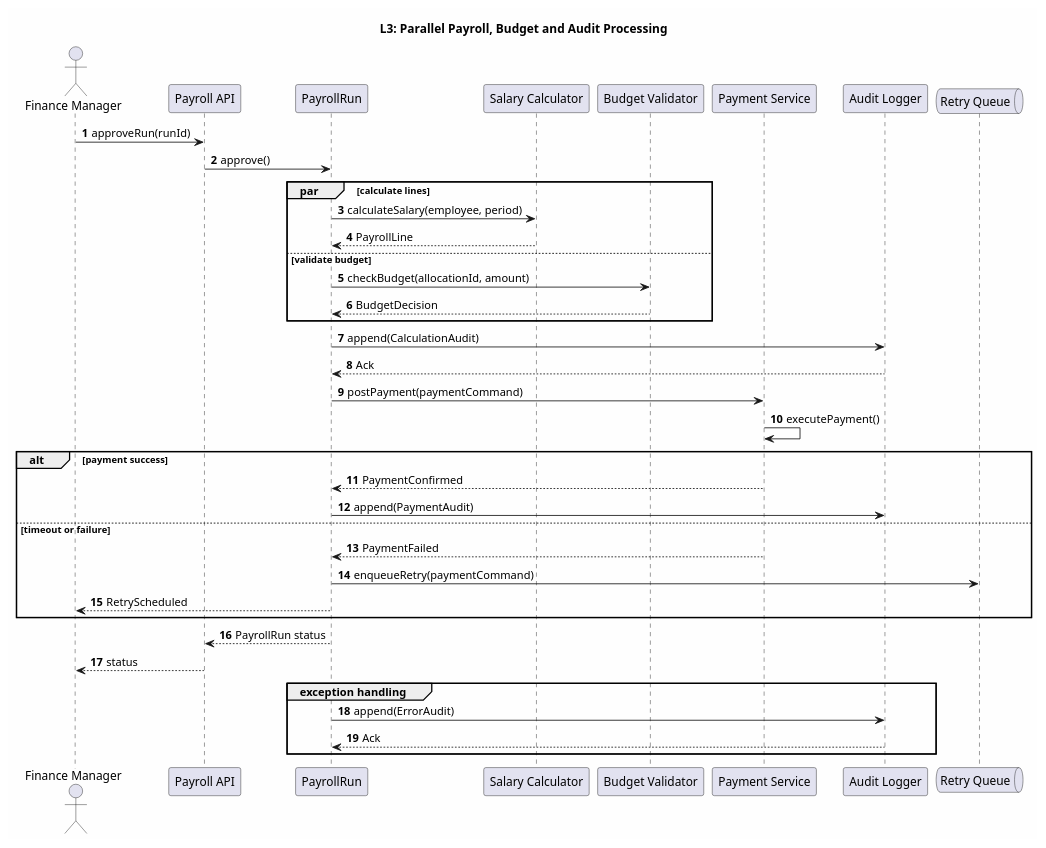
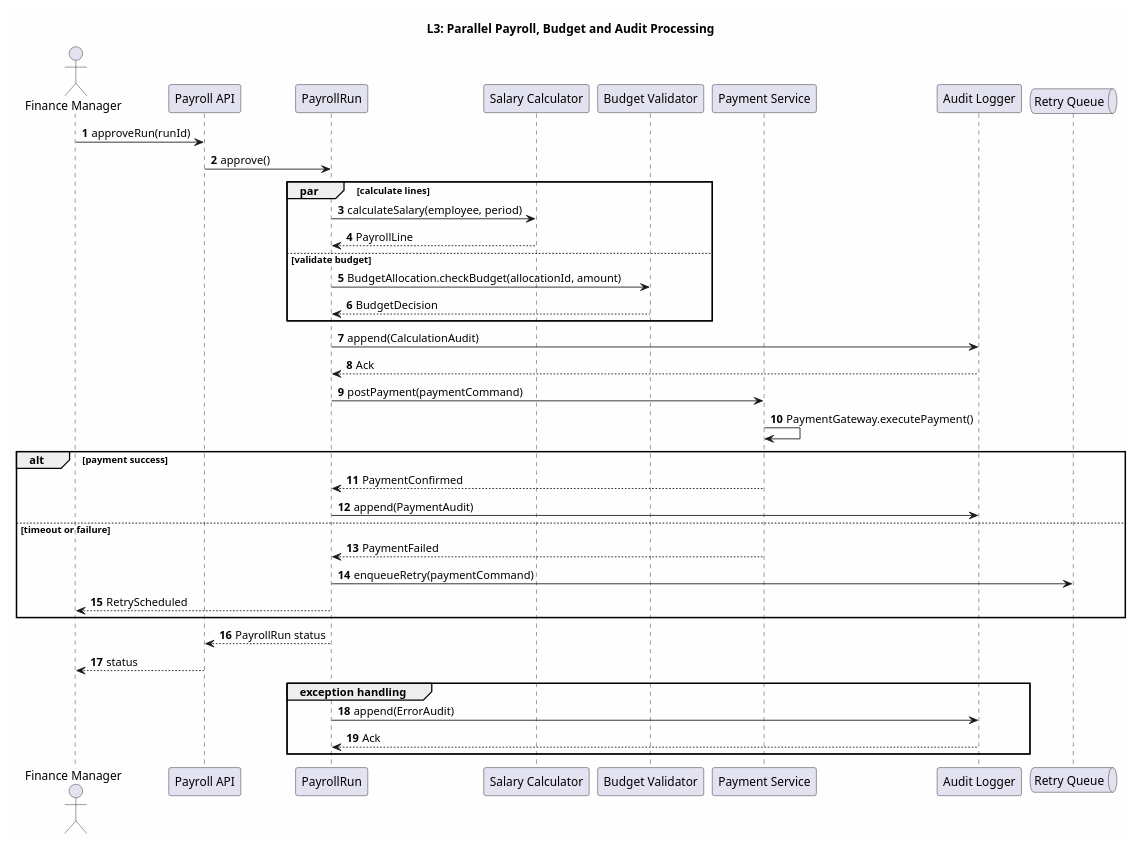
One commit to Shakour-Data/BedaanWaves changed the third of 6 diagrams in docs/02_architecture/ARCH_integrated-hr-finance-procurement-uml-sequence-communication_v1.md. Above: the diagram before and after it, drawn with PlantUML. The commit also changed other lines of this file and 18 other files, not shown here.

Commit message:
Update middleware, API routes, gateway, tracing, rate limiter, main, and architecture diagrams

````diff
--- a/docs/02_architecture/ARCH_integrated-hr-finance-procurement-uml-sequence-communication_v1.md
+++ b/docs/02_architecture/ARCH_integrated-hr-finance-procurement-uml-sequence-communication_v1.md
@@ -93,47 +93,47 @@
 ```plantuml
 @startuml ARCH-L3-Sequence-Critical
 skinparam backgroundColor #FEFEFE
 autonumber
 
 title L3: Parallel Payroll, Budget and Audit Processing
 
 actor "Finance Manager" as FIN
 participant "Payroll API" as API
 participant "PayrollRun" as RUN
 participant "Salary Calculator" as CALC
 participant "Budget Validator" as BUD
 participant "Payment Service" as PAY
 participant "Audit Logger" as AUDIT
 queue "Retry Queue" as QUEUE
 
 FIN -> API : approveRun(runId)
 API -> RUN : approve()
 par calculate lines
   RUN -> CALC : calculateSalary(employee, period)
   CALC --> RUN : PayrollLine
 else validate budget
-  RUN -> BUD : checkBudget(allocationId, amount)
+  RUN -> BUD : BudgetAllocation.checkBudget(allocationId, amount)
   BUD --> RUN : BudgetDecision
 end
 RUN -> AUDIT : append(CalculationAudit)
 AUDIT --> RUN : Ack
 RUN -> PAY : postPayment(paymentCommand)
-PAY -> PAY : executePayment()
+PAY -> PAY : PaymentGateway.executePayment()
 alt payment success
   PAY --> RUN : PaymentConfirmed
   RUN -> AUDIT : append(PaymentAudit)
 else timeout or failure
   PAY --> RUN : PaymentFailed
   RUN -> QUEUE : enqueueRetry(paymentCommand)
   RUN --> FIN : RetryScheduled
 end
 RUN --> API : PayrollRun status
 API --> FIN : status
 
 group exception handling
   RUN -> AUDIT : append(ErrorAudit)
   AUDIT --> RUN : Ack
 end
 
 @enduml
 ```
````
